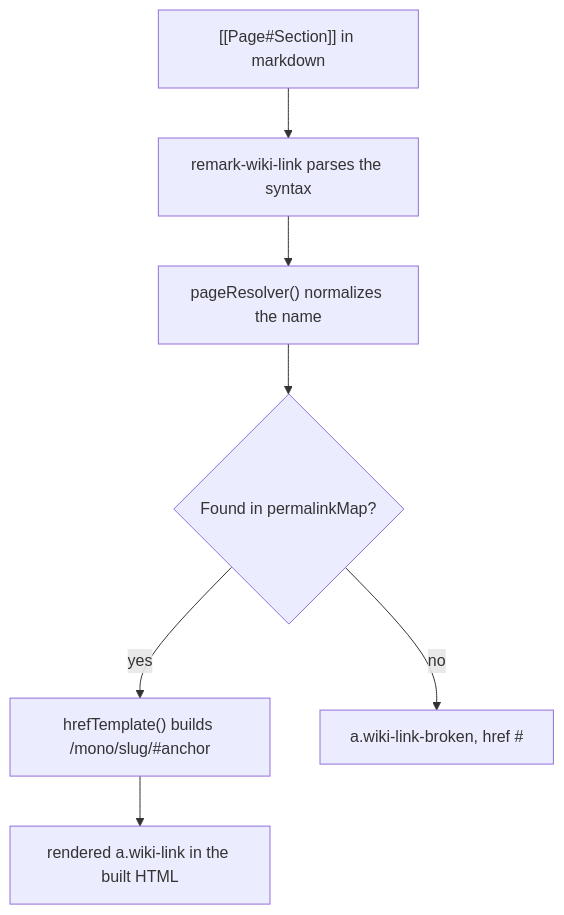
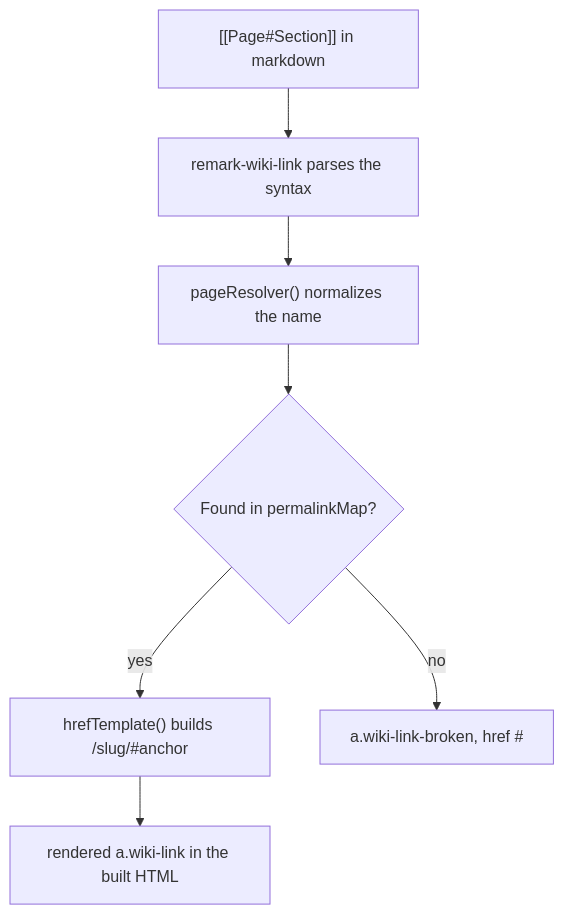
The diagram in apps/docs/src/content/docs/example.mdx (adi-family/mono), drawn with Mermaid before and after one commit. The commit also changed 4 other files, not shown here.

````diff
--- a/apps/docs/src/content/docs/example.mdx
+++ b/apps/docs/src/content/docs/example.mdx
@@ -22,9 +22,9 @@
 ```mermaid
 flowchart TD
     A["[[Page#Section]] in markdown"] --> B["remark-wiki-link parses the syntax"]
     B --> C["pageResolver() normalizes the name"]
     C --> D{Found in permalinkMap?}
-    D -- yes --> E["hrefTemplate() builds /mono/slug/#anchor"]
+    D -- yes --> E["hrefTemplate() builds /slug/#anchor"]
     D -- no --> F["a.wiki-link-broken, href #"]
     E --> G["rendered a.wiki-link in the built HTML"]
 ```
````
